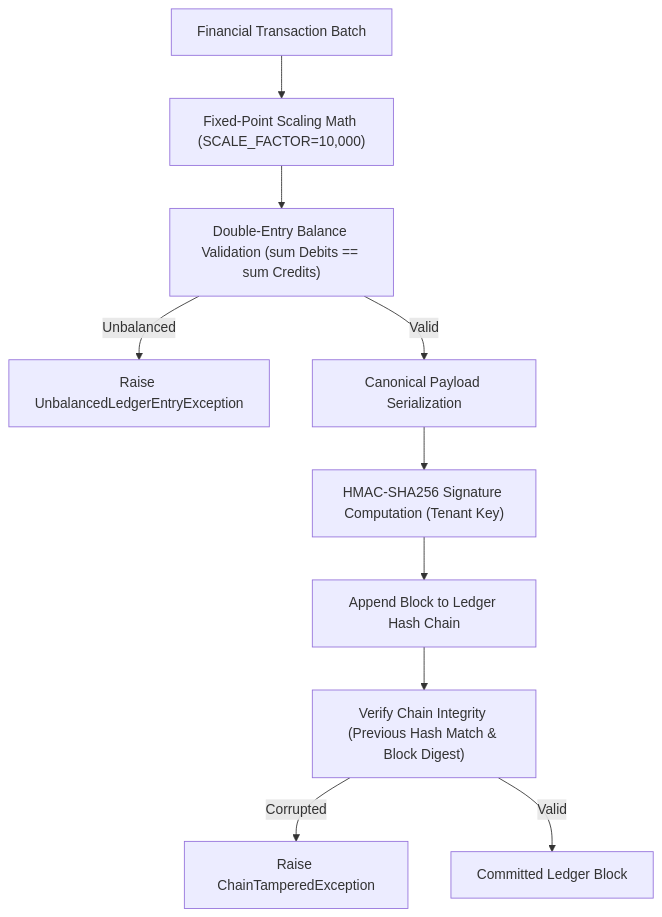
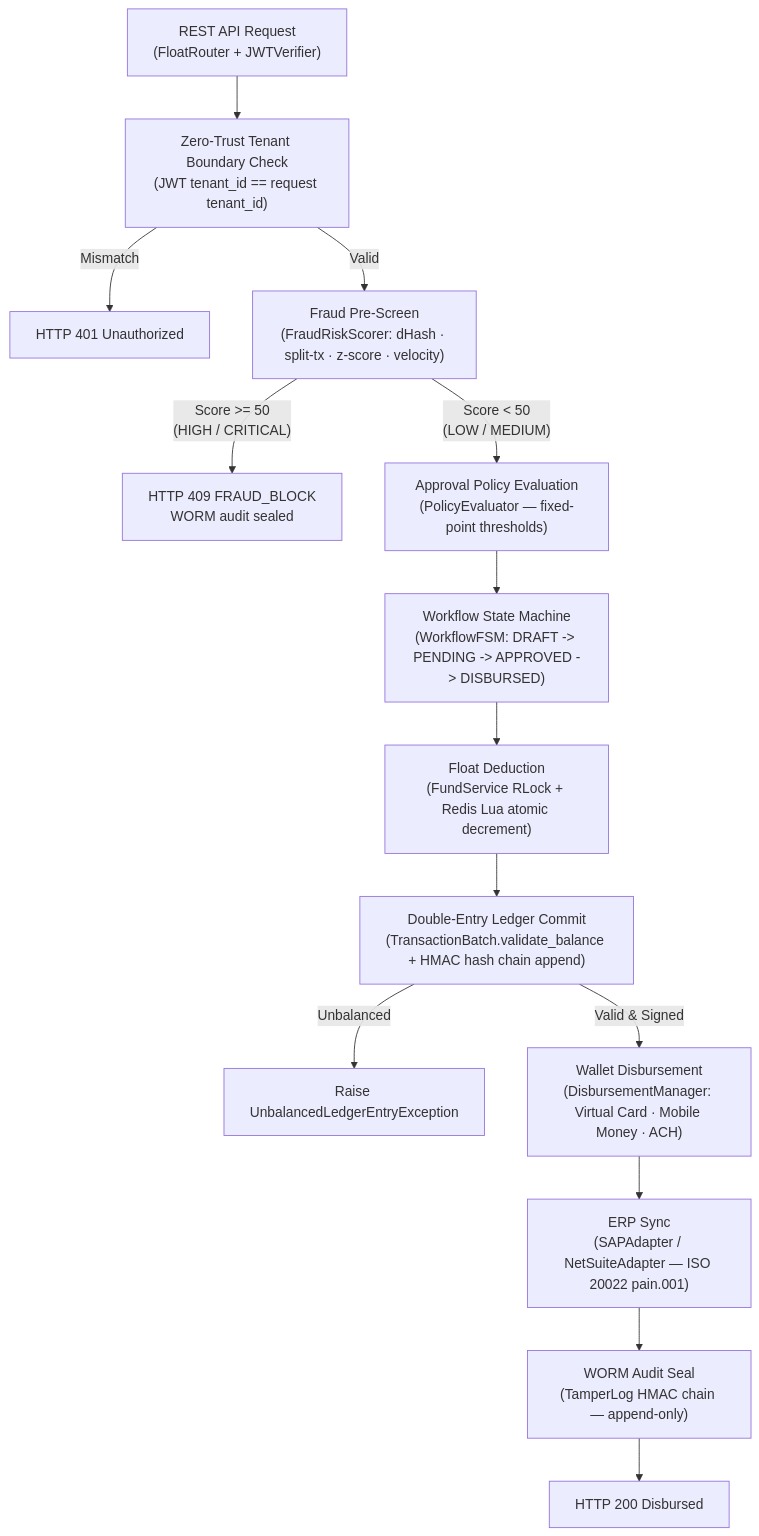
The first of 2 diagrams in README.md (jamesonyemi/pettyflow), drawn with Mermaid before and after one commit. The commit also changed other lines of this file, not shown here.

Commit message:
feat(docs): enhance system architecture section with detailed disbursement flow and approval tiers

````diff
--- a/README.md
+++ b/README.md
@@ -55,12 +55,16 @@
 ```mermaid
 graph TD
-    A["Financial Transaction Batch"] --> B["Fixed-Point Scaling Math (SCALE_FACTOR=10,000)"]
-    B --> C["Double-Entry Balance Validation (sum Debits == sum Credits)"]
-    C -- "Unbalanced" --> D["Raise UnbalancedLedgerEntryException"]
-    C -- "Valid" --> E["Canonical Payload Serialization"]
-    E --> F["HMAC-SHA256 Signature Computation (Tenant Key)"]
-    F --> G["Append Block to Ledger Hash Chain"]
-    G --> H["Verify Chain Integrity (Previous Hash Match & Block Digest)"]
-    H -- "Corrupted" --> I["Raise ChainTamperedException"]
-    H -- "Valid" --> J["Committed Ledger Block"]
+    A["REST API Request\n(FloatRouter + JWTVerifier)"] --> B["Zero-Trust Tenant Boundary Check\n(JWT tenant_id == request tenant_id)"]
+    B -- "Mismatch" --> R1["HTTP 401 Unauthorized"]
+    B -- "Valid" --> C["Fraud Pre-Screen\n(FraudRiskScorer: dHash · split-tx · z-score · velocity)"]
+    C -- "Score >= 50\n(HIGH / CRITICAL)" --> R2["HTTP 409 FRAUD_BLOCK\nWORM audit sealed"]
+    C -- "Score < 50\n(LOW / MEDIUM)" --> D["Approval Policy Evaluation\n(PolicyEvaluator — fixed-point thresholds)"]
+    D --> E["Workflow State Machine\n(WorkflowFSM: DRAFT -> PENDING -> APPROVED -> DISBURSED)"]
+    E --> F["Float Deduction\n(FundService RLock + Redis Lua atomic decrement)"]
+    F --> G["Double-Entry Ledger Commit\n(TransactionBatch.validate_balance + HMAC hash chain append)"]
+    G -- "Unbalanced" --> R3["Raise UnbalancedLedgerEntryException"]
+    G -- "Valid & Signed" --> H["Wallet Disbursement\n(DisbursementManager: Virtual Card · Mobile Money · ACH)"]
+    H --> I["ERP Sync\n(SAPAdapter / NetSuiteAdapter — ISO 20022 pain.001)"]
+    I --> J["WORM Audit Seal\n(TamperLog HMAC chain — append-only)"]
+    J --> K["HTTP 200 Disbursed"]
 ```
````
